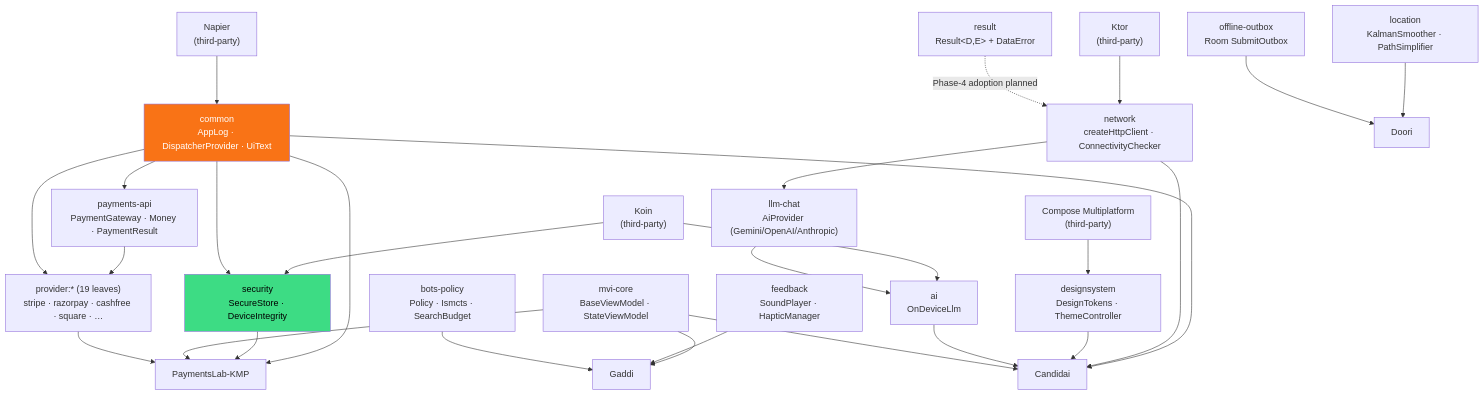
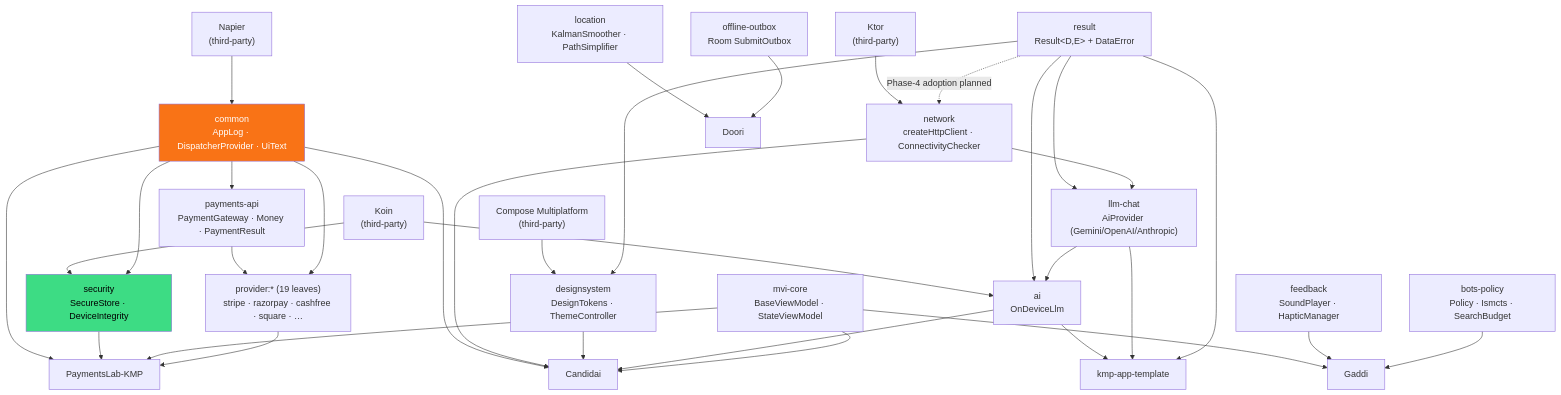
Before and after one commit to darkpandawarrior/kmp-toolkit: the second of 3 diagrams in README.md, drawn with Mermaid. The commit also changed other lines of this file, not shown here.

````diff
--- a/README.md
+++ b/README.md
@@ -222,57 +237,64 @@
 ```mermaid
 graph TD
     NAPIER["Napier<br/>(third-party)"]
     KTOR["Ktor<br/>(third-party)"]
     KOIN["Koin<br/>(third-party)"]
     CMP["Compose Multiplatform<br/>(third-party)"]
 
     RESULT["result<br/>Result&lt;D,E&gt; + DataError"]
     COMMON["common<br/>AppLog · DispatcherProvider · UiText"]
     MVI["mvi-core<br/>BaseViewModel · StateViewModel"]
     NETWORK["network<br/>createHttpClient · ConnectivityChecker"]
     SECURITY["security<br/>SecureStore · DeviceIntegrity"]
     DESIGNSYSTEM["designsystem<br/>DesignTokens · ThemeController"]
     AI["ai<br/>OnDeviceLlm"]
     FEEDBACK["feedback<br/>SoundPlayer · HapticManager"]
     LOCATION["location<br/>KalmanSmoother · PathSimplifier"]
     LLMCHAT["llm-chat<br/>AiProvider (Gemini/OpenAI/Anthropic)"]
     PAYMENTSAPI["payments-api<br/>PaymentGateway · Money · PaymentResult"]
     PROVIDERS["provider:* (19 leaves)<br/>stripe · razorpay · cashfree · square · …"]
     OUTBOX["offline-outbox<br/>Room SubmitOutbox"]
     BOTS["bots-policy<br/>Policy · Ismcts · SearchBudget"]
 
     NAPIER --> COMMON
     KTOR --> NETWORK
     KOIN --> AI
     KOIN --> SECURITY
     CMP --> DESIGNSYSTEM
 
     COMMON --> SECURITY
     RESULT -.->|"Phase-4 adoption planned"| NETWORK
+    RESULT --> AI
+    RESULT --> LLMCHAT
+    RESULT --> DESIGNSYSTEM
     NETWORK --> LLMCHAT
     LLMCHAT --> AI
     COMMON --> PAYMENTSAPI
     PAYMENTSAPI --> PROVIDERS
     COMMON --> PROVIDERS
 
     COMMON --> HIRESIGNAL["Candidai"]
     NETWORK --> HIRESIGNAL
     DESIGNSYSTEM --> HIRESIGNAL
     AI --> HIRESIGNAL
     MVI --> HIRESIGNAL
 
     COMMON --> PAYMENTSLAB["PaymentsLab-KMP"]
     SECURITY --> PAYMENTSLAB
     MVI --> PAYMENTSLAB
     PROVIDERS --> PAYMENTSLAB
 
     LOCATION --> MILEWAY["Doori"]
     OUTBOX --> MILEWAY
 
     MVI --> KURSI["Gaddi"]
     FEEDBACK --> KURSI
     BOTS --> KURSI
 
+    AI --> APPTEMPLATE["kmp-app-template"]
+    LLMCHAT --> APPTEMPLATE
+    RESULT --> APPTEMPLATE
+
     style SECURITY fill:#3DDC84,color:#000
     style COMMON fill:#F97316,color:#fff
 ```
````
